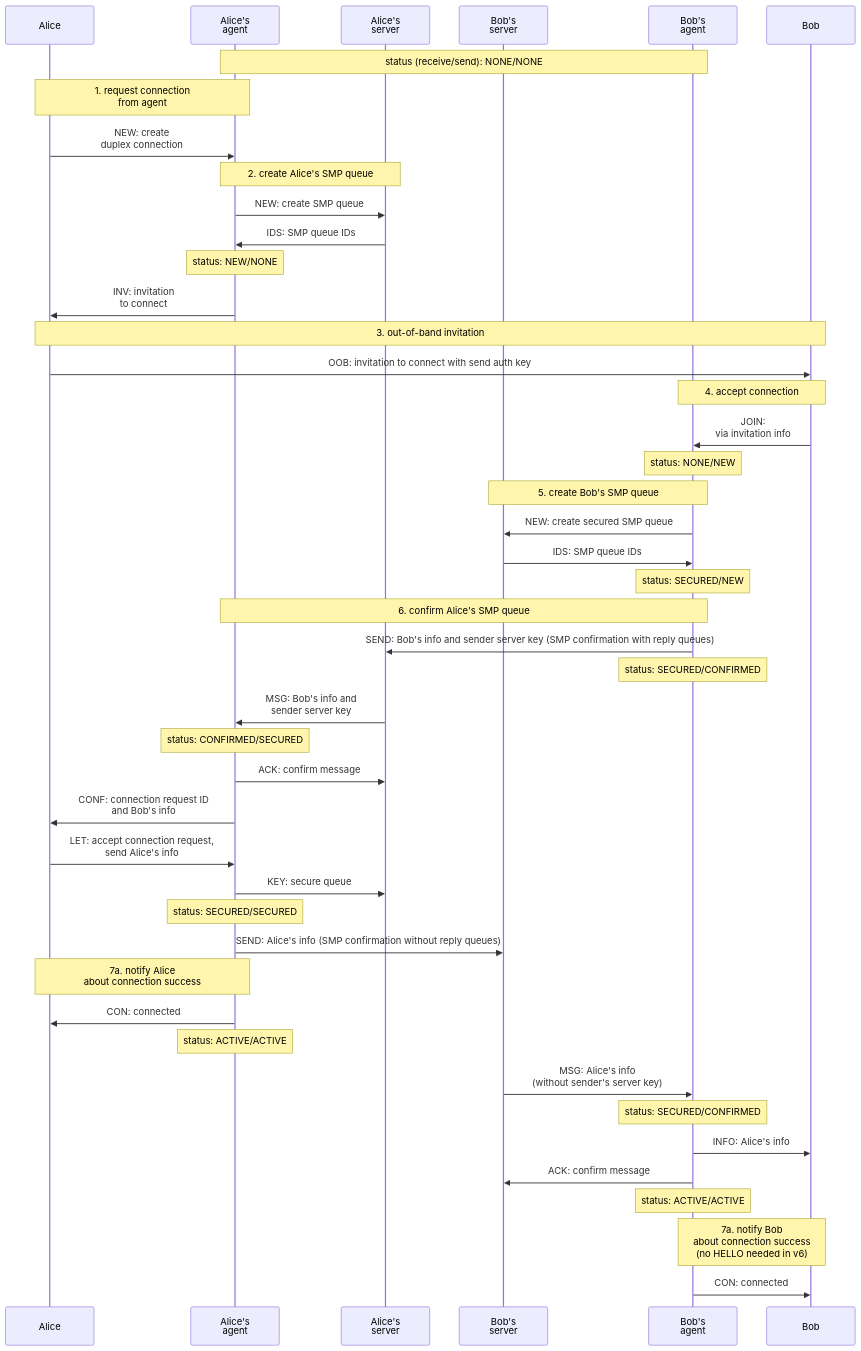
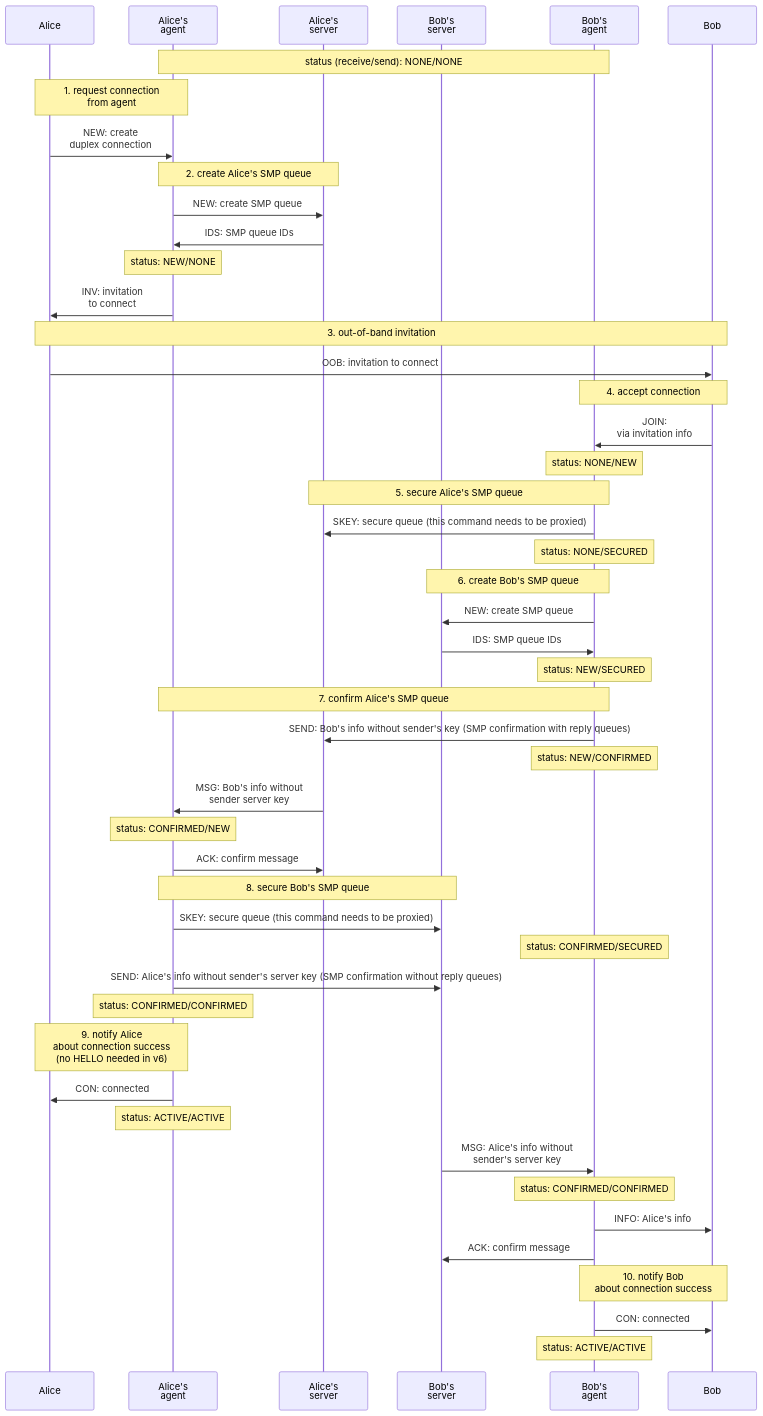
Before and after one commit to simplex-chat/simplexmq: the diagram in protocol/diagrams/duplex-messaging/duplex-creating-v6.mmd, drawn with Mermaid. The commit also changed 12 other files, not shown here.

```diff
--- a/protocol/diagrams/duplex-messaging/duplex-creating-v6.mmd
+++ b/protocol/diagrams/duplex-messaging/duplex-creating-v6.mmd
@@ -1,56 +1,63 @@
 sequenceDiagram
   participant A as Alice
   participant AA as Alice's<br>agent
   participant AS as Alice's<br>server
   participant BS as Bob's<br>server
   participant BA as Bob's<br>agent
   participant B as Bob
 
   note over AA, BA: status (receive/send): NONE/NONE
 
   note over A, AA: 1. request connection<br>from agent
   A ->> AA: NEW: create<br>duplex connection
  
   note over AA, AS: 2. create Alice's SMP queue
   AA ->> AS: NEW: create SMP queue
   AS ->> AA: IDS: SMP queue IDs
   note over AA: status: NEW/NONE
 
   AA ->> A: INV: invitation<br>to connect
 
   note over A, B: 3. out-of-band invitation
-  A ->> B: OOB: invitation to connect with send auth key
+  A ->> B: OOB: invitation to connect
 
   note over BA, B: 4. accept connection
   B ->> BA: JOIN:<br>via invitation info
   note over BA: status: NONE/NEW
 
-  note over BA, BS: 5. create Bob's SMP queue
-  BA ->> BS: NEW: create secured SMP queue
+  note over BA, AS: 5. secure Alice's SMP queue
+  BA ->> AS: SKEY: secure queue (this command needs to be proxied)
+  note over BA: status: NONE/SECURED
+
+  note over BA, BS: 6. create Bob's SMP queue
+  BA ->> BS: NEW: create SMP queue
   BS ->> BA: IDS: SMP queue IDs
-  note over BA: status: SECURED/NEW
+  note over BA: status: NEW/SECURED
 
-  note over BA, AA: 6. confirm Alice's SMP queue
-  BA ->> AS: SEND: Bob's info and sender server key (SMP confirmation with reply queues)
-  note over BA: status: SECURED/CONFIRMED
+  note over BA, AA: 7. confirm Alice's SMP queue
+  BA ->> AS: SEND: Bob's info without sender's key (SMP confirmation with reply queues)
+  note over BA: status: NEW/CONFIRMED
 
-  AS ->> AA: MSG: Bob's info and<br>sender server key
-  note over AA: status: CONFIRMED/SECURED
+  AS ->> AA: MSG: Bob's info without<br>sender server key
+  note over AA: status: CONFIRMED/NEW
   AA ->> AS: ACK: confirm message
-  AA ->> A: CONF: connection request ID<br>and Bob's info
-  A ->> AA: LET: accept connection request,<br>send Alice's info
-  AA ->> AS: KEY: secure queue
-  note over AA: status: SECURED/SECURED
 
-  AA ->> BS: SEND: Alice's info (SMP confirmation without reply queues)
-  note over A, AA: 7a. notify Alice<br>about connection success
+  note over AA, BS: 8. secure Bob's SMP queue
+  AA ->> BS: SKEY: secure queue (this command needs to be proxied)
+  note over BA: status: CONFIRMED/SECURED
+
+  AA ->> BS: SEND: Alice's info without sender's server key (SMP confirmation without reply queues)
+  note over AA: status: CONFIRMED/CONFIRMED
+
+  note over AA, A: 9. notify Alice<br>about connection success<br>(no HELLO needed in v6)
   AA ->> A: CON: connected
   note over AA: status: ACTIVE/ACTIVE
 
-  BS ->> BA: MSG: Alice's info<br>(without sender's server key)
-  note over BA: status: SECURED/CONFIRMED
+  BS ->> BA: MSG: Alice's info without<br>sender's server key
+  note over BA: status: CONFIRMED/CONFIRMED
   BA ->> B: INFO: Alice's info
   BA ->> BS: ACK: confirm message
+
+  note over BA, B: 10. notify Bob<br>about connection success
+  BA ->> B: CON: connected
   note over BA: status: ACTIVE/ACTIVE
-  note over BA, B: 7a. notify Bob<br>about connection success<br>(no HELLO needed in v6)
-  BA ->> B: CON: connected
```
